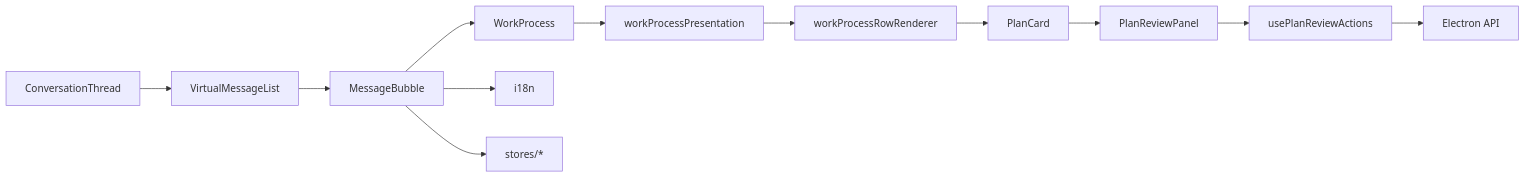
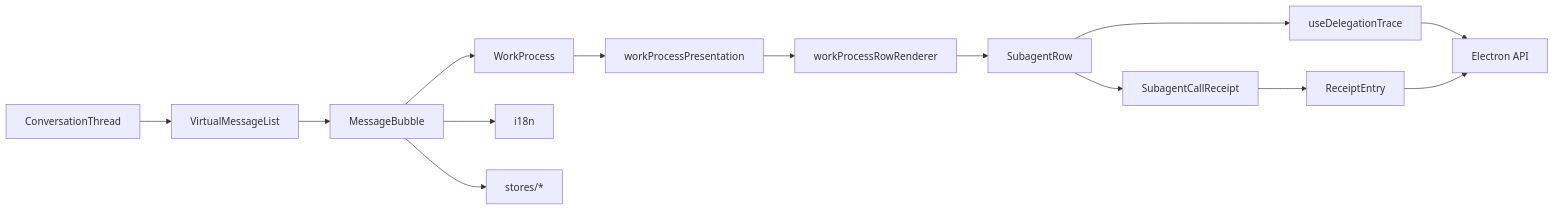
One commit to haolange/RDC-Agent changed the eighth of 8 diagrams in .qoder/repowiki/zh/content/用户界面/调试视图.md. Above: the diagram before and after it, drawn with Mermaid. The commit also changed other lines of this file and 25 other files, not shown here.

````diff
--- a/.qoder/repowiki/zh/content/用户界面/调试视图.md
+++ b/.qoder/repowiki/zh/content/用户界面/调试视图.md
@@ -338,14 +403,16 @@
 ```mermaid
 graph LR
 CT["ConversationThread"] --> VM["VirtualMessageList"]
 VM --> MB["MessageBubble"]
 MB --> WP["WorkProcess"]
 WP --> PP["workProcessPresentation"]
 PP --> WTR["workProcessRowRenderer"]
-WTR --> PC["PlanCard"]
-PC --> PRP["PlanReviewPanel"]
-PRP --> UPA["usePlanReviewActions"]
-UPA --> API["Electron API"]
+WTR --> SR["SubagentRow"]
+SR --> UDT["useDelegationTrace"]
+UDT --> API["Electron API"]
+SR --> SCR["SubagentCallReceipt"]
+SCR --> RE["ReceiptEntry"]
+RE --> API
 MB --> I18N["i18n"]
 MB --> Stores["stores/*"]
 ```
````
